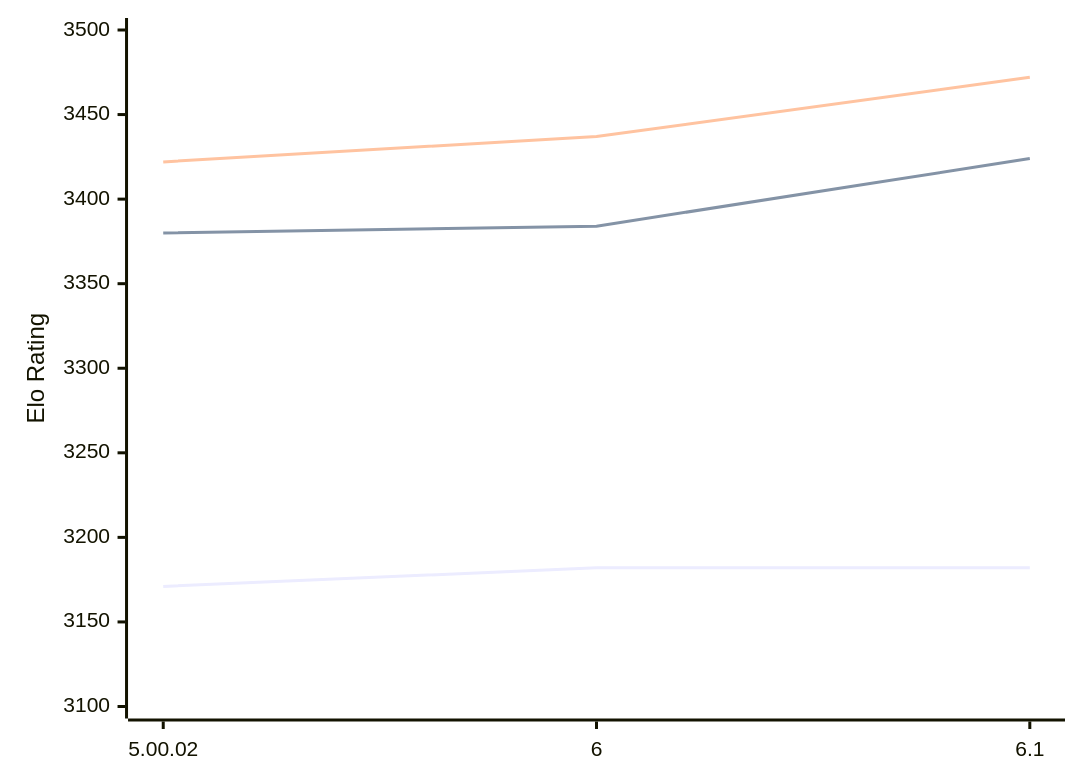
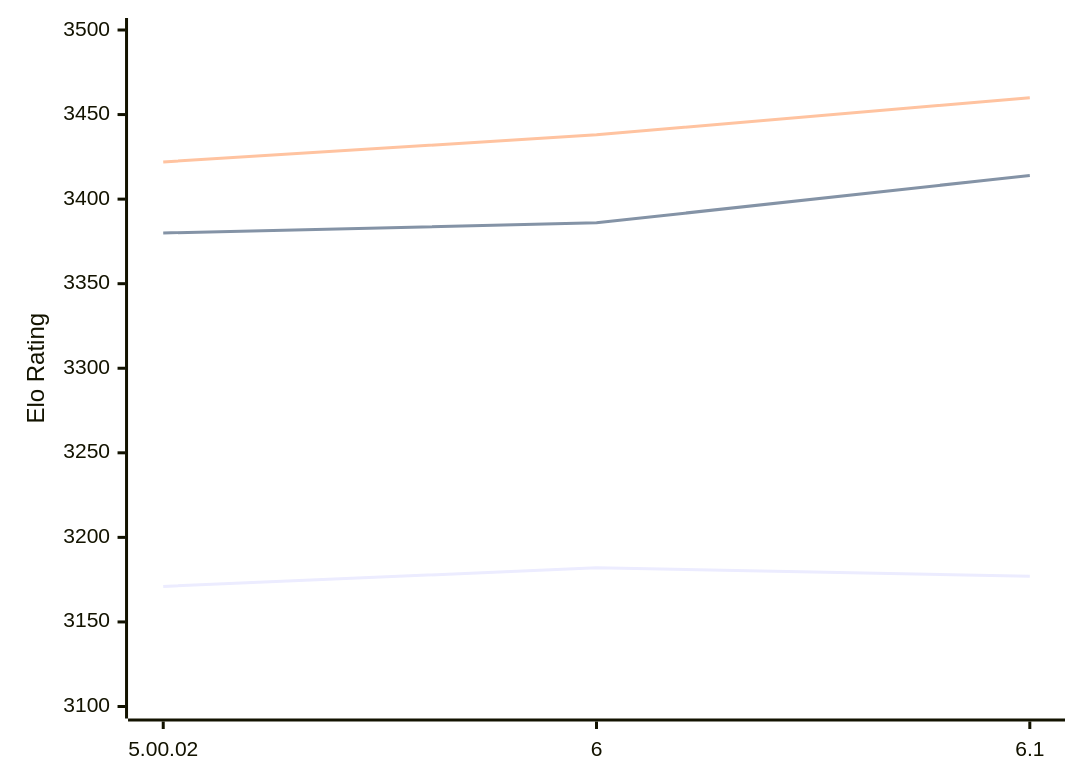
Before and after one commit to computer-chess-index/cci: the diagram in engines/Zangdar.md, drawn with Mermaid. The commit also changed other lines of this file, not shown here.

Commit message:
Update CCI Ratings (ELO VLTC) - 2026-02-12

````diff
--- a/engines/Zangdar.md
+++ b/engines/Zangdar.md
@@ -42,9 +42,9 @@
 ```mermaid
 %%{init: {"theme":"base","themeVariables":{"seriesColors:['#a3a3a3','#222221','#faa371']}}}%%
 xychart-beta
   x-axis ["5.00.02", "6", "6.1"]
   y-axis "Elo Rating" 3100 --> 3500
-  line "STC (8.0+0.08s)" [3171, 3182, 3182]
-  line "LTC (60.0+0.60s)" [3380, 3384, 3424]
-  line "VLTC (2m24s+1.12s)" [3422, 3437, 3472]
+  line "STC (8.0+0.08s)" [3171, 3182, 3177]
+  line "LTC (60.0+0.60s)" [3380, 3386, 3414]
+  line "VLTC (2m24s+1.12s)" [3422, 3438, 3460]
 ```
````
